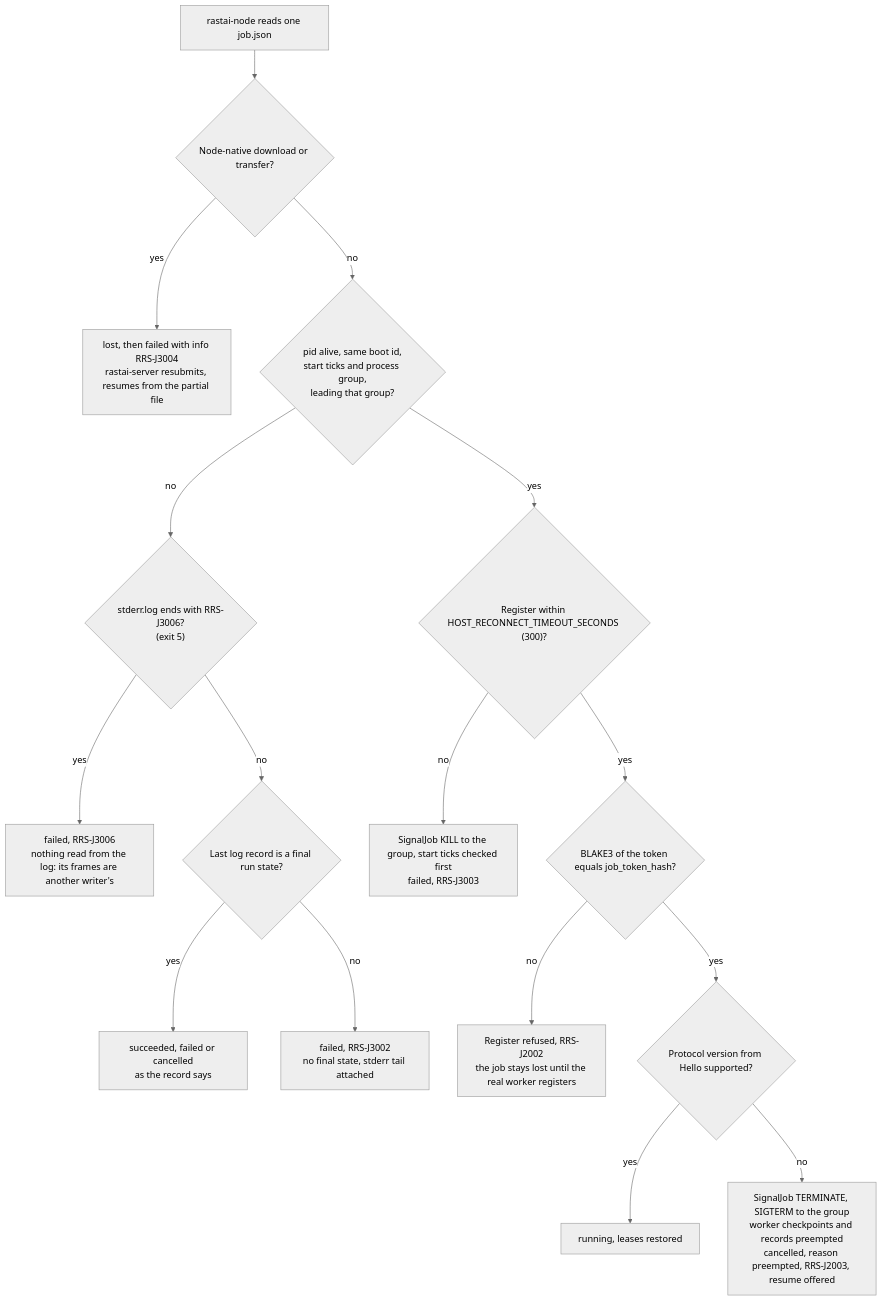
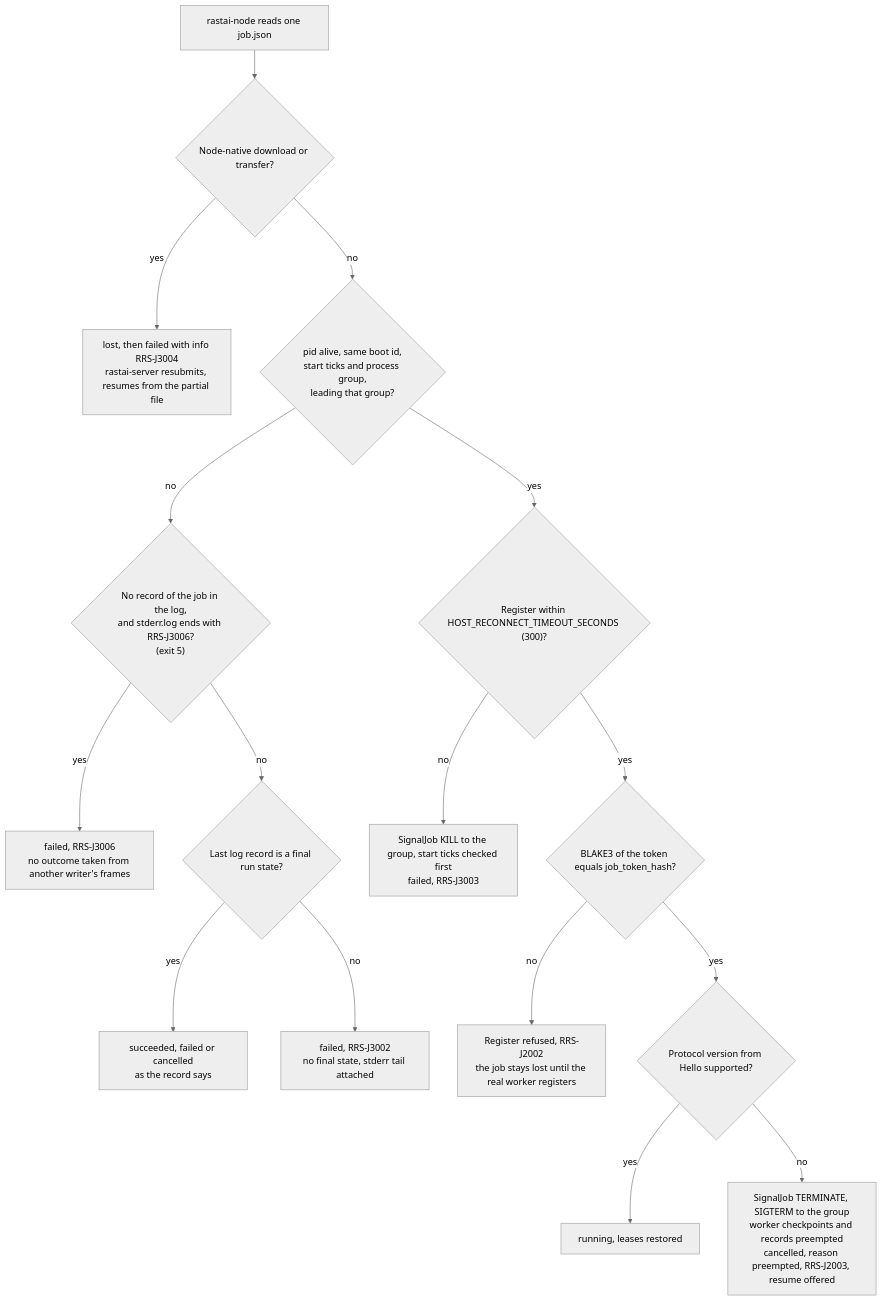
Diagram 11 of 55 in docs/architecture/flows/platform.md (Snubiss/RASTAI-Research-Studio), drawn with Mermaid (neutral theme) before and after one commit. The commit also changed other lines of this file and 8 other files, not shown here.

````diff
--- a/docs/architecture/flows/platform.md
+++ b/docs/architecture/flows/platform.md
@@ -527,18 +527,18 @@
 ```mermaid
 flowchart TD
   A["rastai-node reads one job.json"] --> K{"Node-native download or transfer?"}
   K -->|"yes"| NN["lost, then failed with info RRS-J3004<br/>rastai-server resubmits, resumes from the partial file"]
   K -->|"no"| P{"pid alive, same boot id,<br/>start ticks and process group,<br/>leading that group?"}
-  P -->|"no"| X{"stderr.log ends with RRS-J3006?<br/>(exit 5)"}
-  X -->|"yes"| LOCKED["failed, RRS-J3006<br/>nothing read from the log: its frames are another writer's"]
+  P -->|"no"| X{"No record of the job in the log,<br/>and stderr.log ends with RRS-J3006?<br/>(exit 5)"}
+  X -->|"yes"| LOCKED["failed, RRS-J3006<br/>no outcome taken from another writer's frames"]
   X -->|"no"| L{"Last log record is a final run state?"}
   L -->|"yes"| FIN["succeeded, failed or cancelled<br/>as the record says"]
   L -->|"no"| GONE["failed, RRS-J3002<br/>no final state, stderr tail attached"]
   P -->|"yes"| H{"Register within HOST_RECONNECT_TIMEOUT_SECONDS (300)?"}
   H -->|"no"| HUNG["SignalJob KILL to the group, start ticks checked first<br/>failed, RRS-J3003"]
   H -->|"yes"| T{"BLAKE3 of the token equals job_token_hash?"}
   T -->|"no"| BADT["Register refused, RRS-J2002<br/>the job stays lost until the real worker registers"]
   T -->|"yes"| V{"Protocol version from Hello supported?"}
   V -->|"yes"| RUN["running, leases restored"]
   V -->|"no"| OLD["SignalJob TERMINATE, SIGTERM to the group<br/>worker checkpoints and records preempted<br/>cancelled, reason preempted, RRS-J2003, resume offered"]
 ```
````
